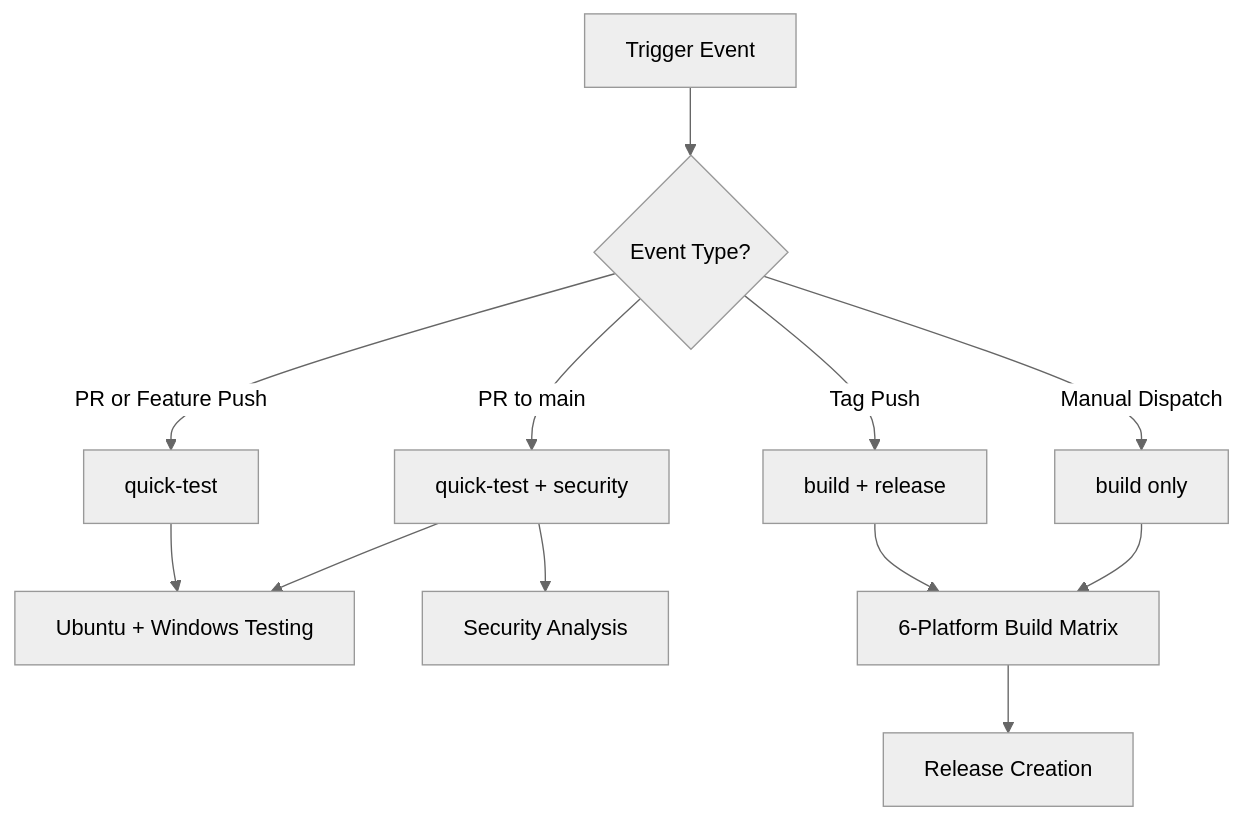
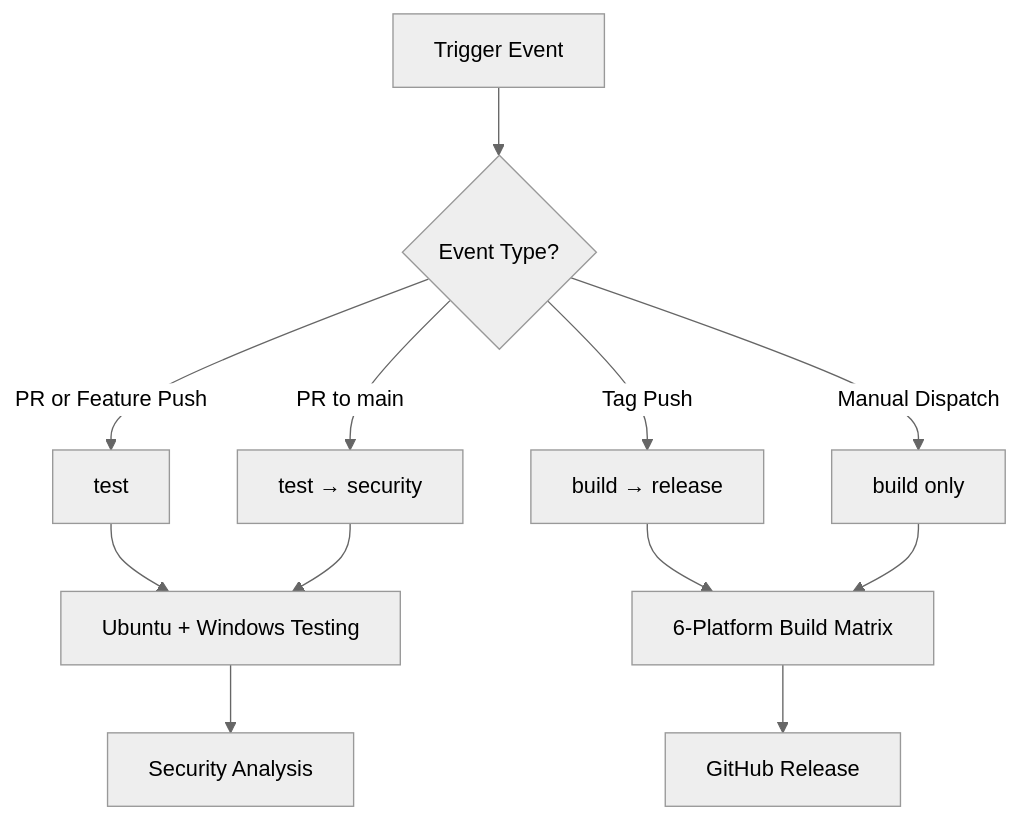
Before and after one commit to zsoftly/ztiaws: the diagram in docs/CI_CD_PIPELINE.md, drawn with Mermaid (neutral theme). The commit also changed other lines of this file, not shown here.

````diff
--- a/docs/CI_CD_PIPELINE.md
+++ b/docs/CI_CD_PIPELINE.md
@@ -47,17 +47,17 @@
 ```mermaid
 graph TD
     A[Trigger Event] --> B{Event Type?}
     
-    B -->|PR or Feature Push| C[quick-test]
-    B -->|PR to main| D[quick-test + security]
-    B -->|Tag Push| E[build + release]
+    B -->|PR or Feature Push| C[test]
+    B -->|PR to main| D[test → security]
+    B -->|Tag Push| E[build → release]
     B -->|Manual Dispatch| F[build only]
     
     C --> G[Ubuntu + Windows Testing]
     D --> G
-    D --> H[Security Analysis]
+    G --> H[Security Analysis]
     E --> I[6-Platform Build Matrix]
     F --> I
     
-    I --> J[Release Creation]
+    I --> J[GitHub Release]
 ```
````
